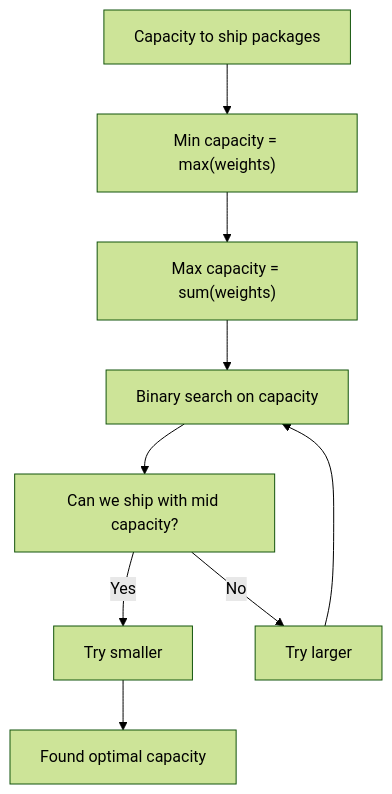
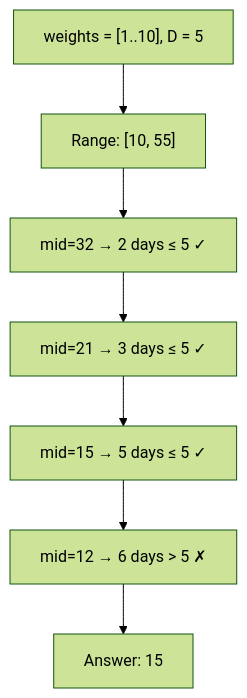
One commit to masudranaxpert/flowdesk changed the seventh of 12 diagrams in src/data/docs/chapters/dsa/binary-search.md. Above: the diagram before and after it, drawn with Mermaid (forest theme). The commit also changed other lines of this file, not shown here.

Commit message:
feat(dsa): expand binary-search.md with all 28 BS playlist topics (BS-1 to BS-27)

````diff
--- a/src/data/docs/chapters/dsa/binary-search.md
+++ b/src/data/docs/chapters/dsa/binary-search.md
@@ -157,11 +938,9 @@
 ```mermaid
 graph TD
-    A["Capacity to ship packages"] --> B["Min capacity = max(weights)"]
-    B --> C["Max capacity = sum(weights)"]
-    C --> D["Binary search on capacity"]
-    D --> E["Can we ship with mid capacity?"]
-    E -->|Yes| F["Try smaller"]
-    E -->|No| G["Try larger"]
-    F --> H["Found optimal capacity"]
-    G --> D
+    A["weights = [1..10], D = 5"] --> B["Range: [10, 55]"]
+    B --> C["mid=32 → 2 days ≤ 5 ✓"]
+    C --> D["mid=21 → 3 days ≤ 5 ✓"]
+    D --> E["mid=15 → 5 days ≤ 5 ✓"]
+    E --> F["mid=12 → 6 days > 5 ✗"]
+    F --> G["Answer: 15"]
 ```
````
